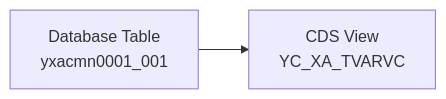
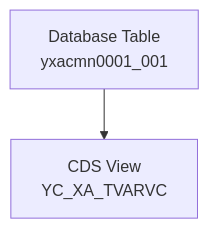
Before and after one commit to blackif/demo: the diagram in sap/abap/Classical/demo2/README.md, drawn with Mermaid. The commit also changed other lines of this file, not shown here.

````diff
--- a/sap/abap/Classical/demo2/README.md
+++ b/sap/abap/Classical/demo2/README.md
@@ -49,4 +21,4 @@
 ```mermaid
-flowchart LR
+flowchart TD
     A[Database Table<br/>yxacmn0001_001] --> B[CDS View<br/>YC_XA_TVARVC]
 ```
````
